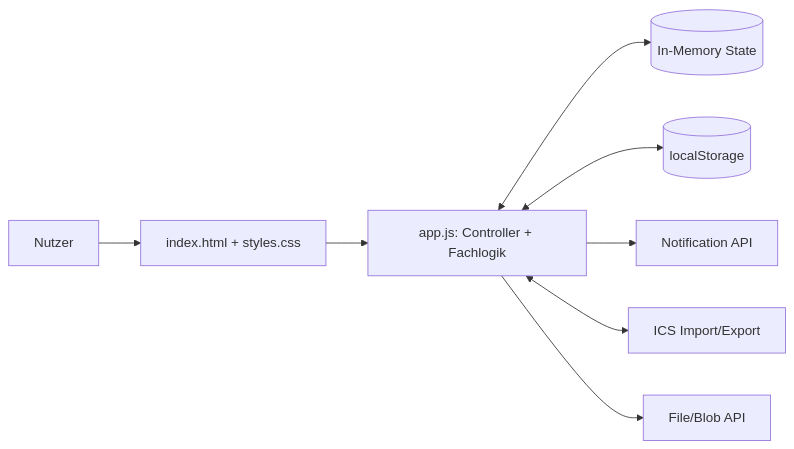
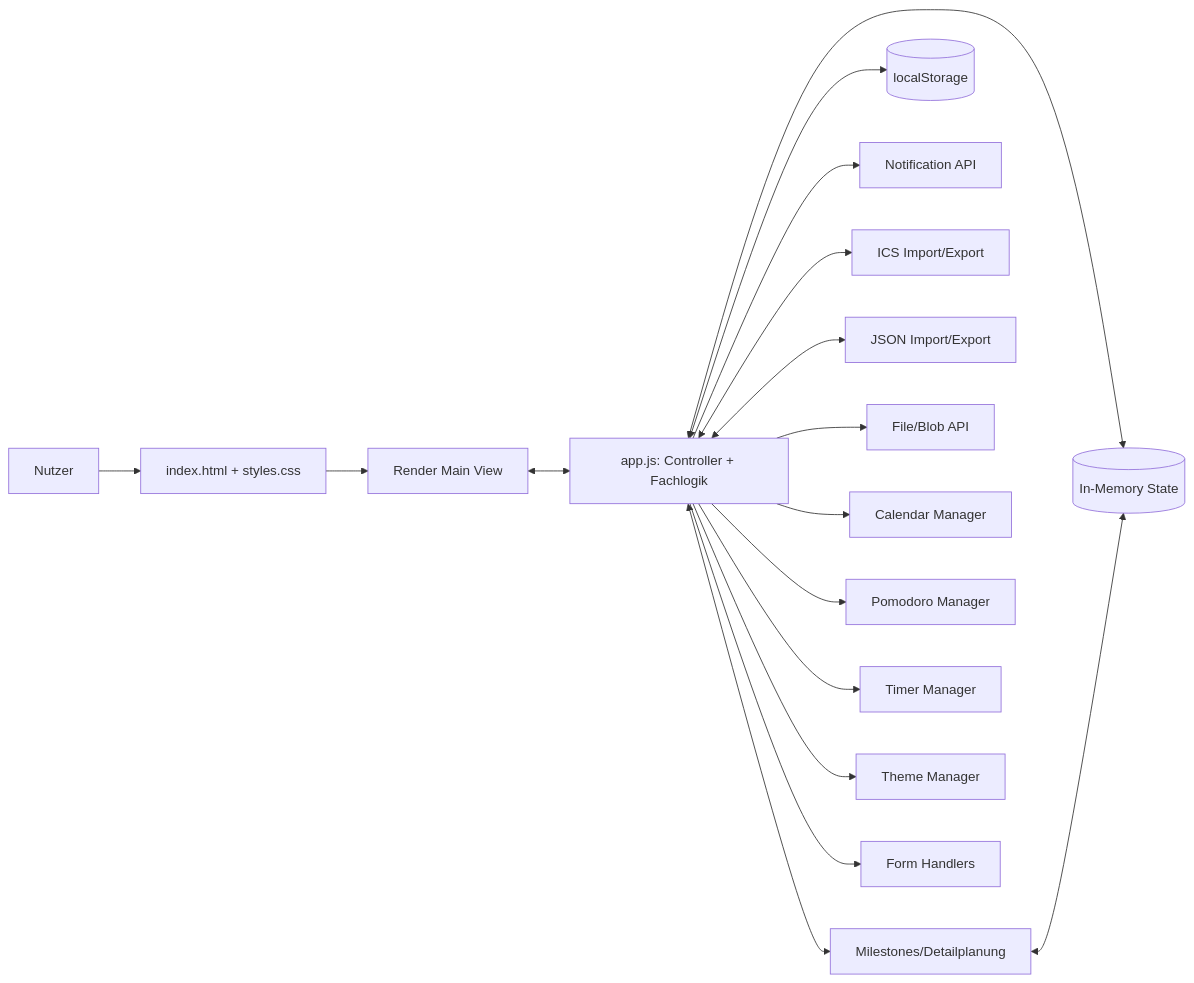
One commit to ChristinaSporer/FocusFlow changed the first of 17 diagrams in README.md. Above: the diagram before and after it, drawn with Mermaid. The commit also changed other lines of this file and 20 other files, not shown here.

````diff
--- a/README.md
+++ b/README.md
@@ -80,19 +97,36 @@
 ```mermaid
 flowchart LR
   U[Nutzer]
   UI[index.html + styles.css]
   APP[app.js: Controller + Fachlogik]
+  RENDER[Render Main View]
   ST[(In-Memory State)]
+  MS[Milestones/Detailplanung]
   LS[(localStorage)]
   NTF[Notification API]
   ICS[ICS Import/Export]
+  JSON[JSON Import/Export]
   FILE[File/Blob API]
+  CAL[Calendar Manager]
+  POM[Pomodoro Manager]
+  TIM[Timer Manager]
+  THEME[Theme Manager]
+  FORM[Form Handlers]
 
   U --> UI
-  UI --> APP
+  UI --> RENDER
+  RENDER <--> APP
   APP <--> ST
+  APP <--> MS
+  MS <--> ST
   APP <--> LS
   APP --> NTF
   APP <--> ICS
+  APP <--> JSON
   APP --> FILE
+  APP --> CAL
+  APP --> POM
+  APP --> TIM
+  APP --> THEME
+  APP --> FORM
 ```
````
